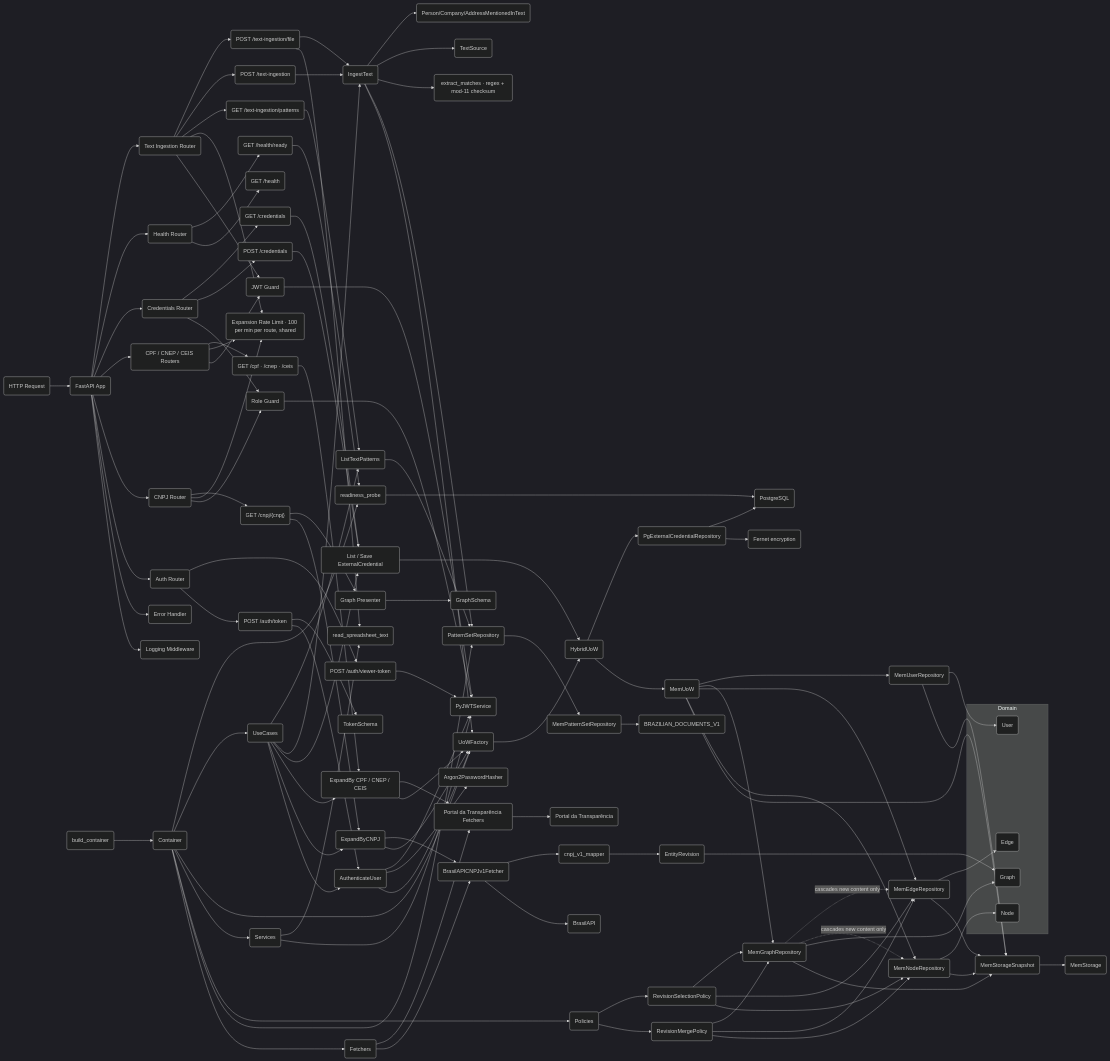
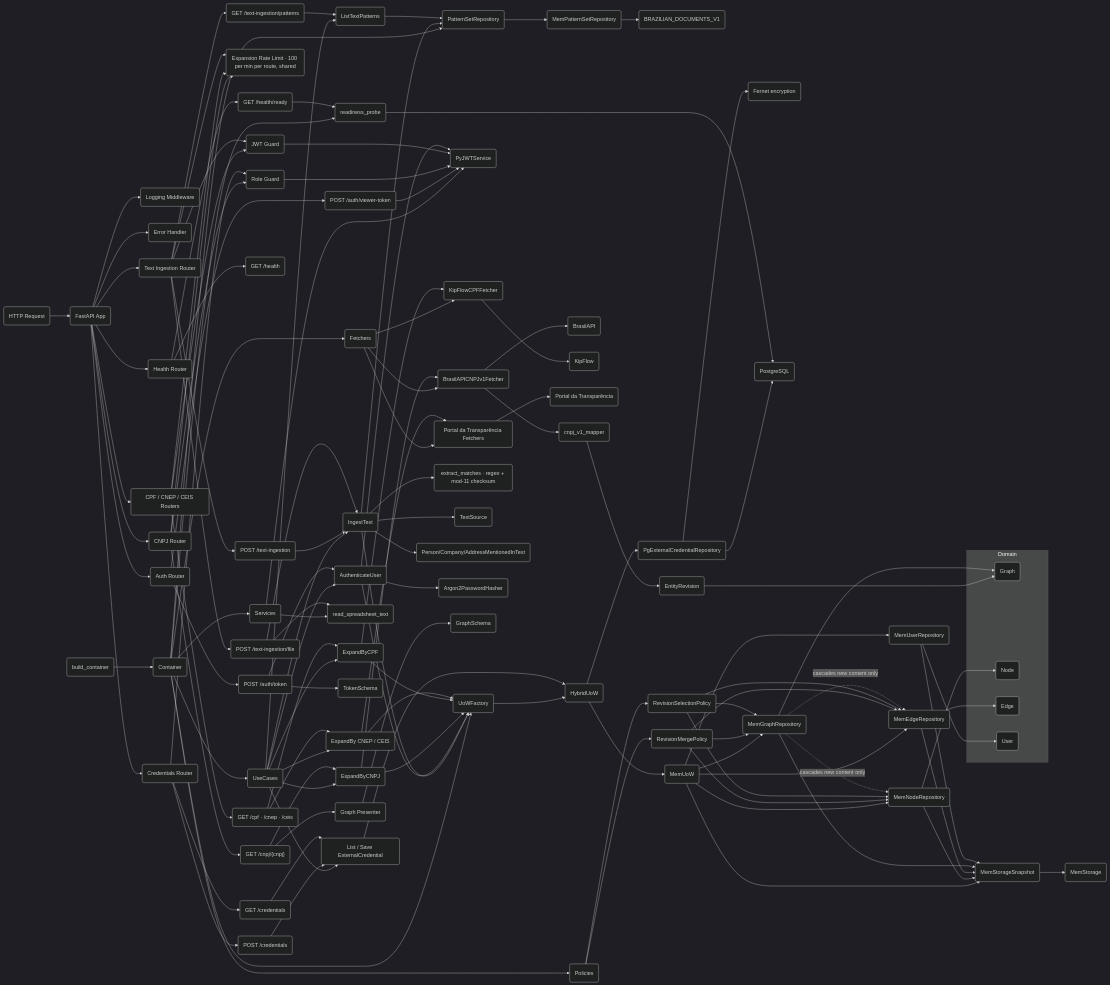
The diagram in README.md (geldois/osint-engine), drawn with Mermaid (dark theme) before and after one commit. The commit also changed other lines of this file and 4 other files, not shown here.

Commit message:
docs(cpf): describe the KipFlow provider swap and its reuse lock

```diff
--- a/README.md
+++ b/README.md
@@ -72,13 +72,15 @@
 
     UseCases --> AuthenticateUser("AuthenticateUser")
     UseCases --> ExpandByCNPJ("ExpandByCNPJ")
-    UseCases --> ExpandByPortal("ExpandBy CPF / CNEP / CEIS")
+    UseCases --> ExpandByCPF("ExpandByCPF")
+    UseCases --> ExpandByPortal("ExpandBy CNEP / CEIS")
     UseCases --> CredentialUseCases("List / Save ExternalCredential")
     UseCases --> IngestText("IngestText")
     UseCases --> ListPatternSets("ListTextPatterns")
     Services --> PyJWTService("PyJWTService")
     Services --> SpreadsheetReader("read_spreadsheet_text")
     Fetchers --> CNPJFetcher("BrasilAPICNPJv1Fetcher")
+    Fetchers --> KipFlowFetcher("KipFlowCPFFetcher")
     Fetchers --> PortalFetchers("Portal da Transparência Fetchers")
     PatternSets --> MemPatternSets("MemPatternSetRepository")
     MemPatternSets --> DefaultPatterns("BRAZILIAN_DOCUMENTS_V1")
@@ -86,6 +88,7 @@
     PostToken --> AuthenticateUser
     PostViewerToken --> PyJWTService
     GetCNPJ --> ExpandByCNPJ
+    GetExpansion --> ExpandByCPF
     GetExpansion --> ExpandByPortal
     PostCredential --> CredentialUseCases
     GetCredentials --> CredentialUseCases
@@ -110,9 +113,12 @@
 
     ExpandByCNPJ --> UoWFactory
     ExpandByCNPJ --> CNPJFetcher
+    ExpandByCPF --> UoWFactory
+    ExpandByCPF --> KipFlowFetcher
     ExpandByPortal --> UoWFactory
     ExpandByPortal --> PortalFetchers
     CNPJFetcher --> BrasilAPI("BrasilAPI")
+    KipFlowFetcher --> KipFlowAPI("KipFlow")
     PortalFetchers --> PortalAPI("Portal da Transparência")
     CNPJFetcher --> Mapper("cnpj_v1_mapper")
     Mapper --> EntityRevision("EntityRevision")
```
